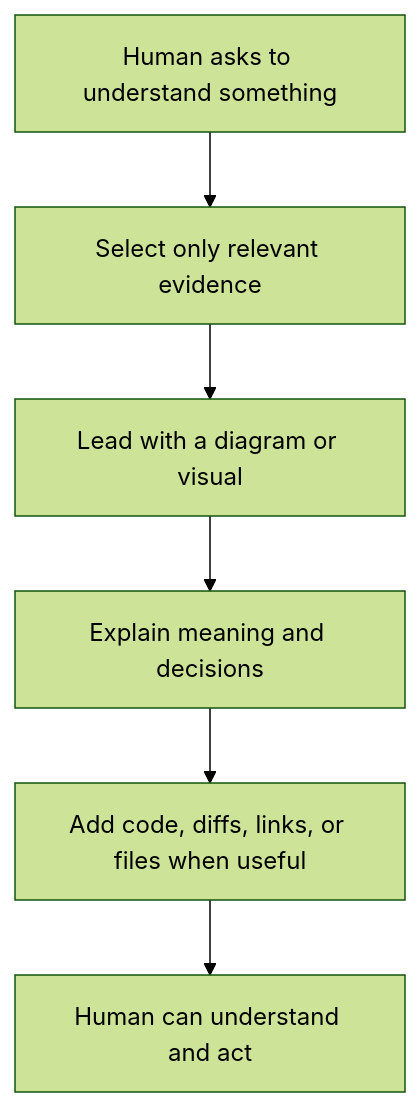
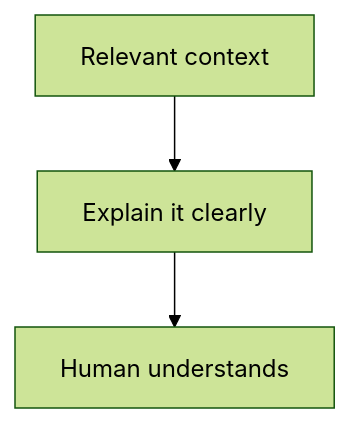
One commit to starodubtsevconsulting/ai-commands changed the first of 9 diagrams in show-context/show-context.command.md. Above: the diagram before and after it, drawn with Mermaid (forest theme). The commit also changed other lines of this file and 1 other file, not shown here.

Commit message:
Lead with show-context purpose

````diff
--- a/show-context/show-context.command.md
+++ b/show-context/show-context.command.md
@@ -3,9 +3,6 @@
 ```mermaid
 flowchart TD
-  Request["Human asks to understand something"]
-  Request --> Select["Select only relevant evidence"]
-  Select --> Visual["Lead with a diagram or visual"]
-  Visual --> Explain["Explain meaning and decisions"]
-  Explain --> Detail["Add code, diffs, links, or files when useful"]
-  Detail --> Human["Human can understand and act"]
+  Context["Relevant context"]
+  Context --> Explain["Explain it clearly"]
+  Explain --> Human["Human understands"]
 ```
````
